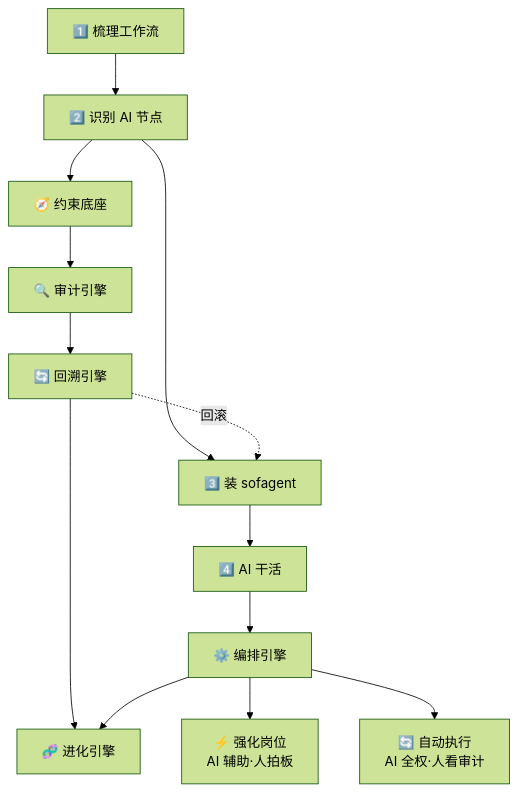
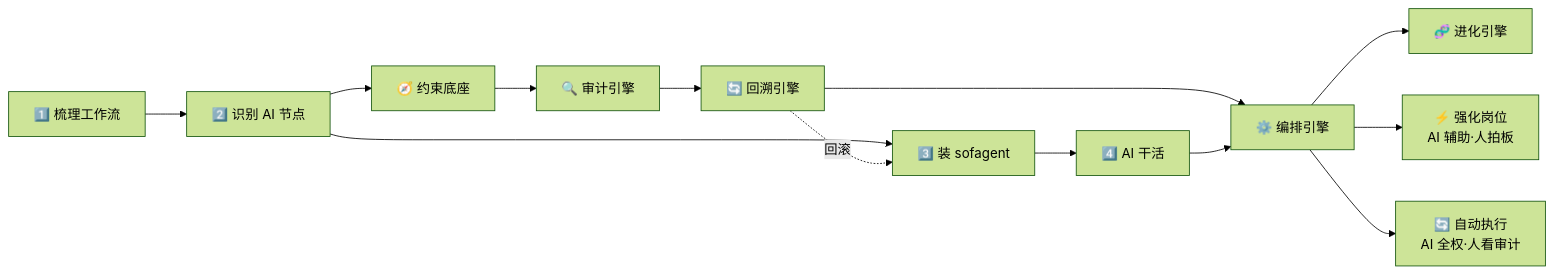
One commit to KongFangXun/sofagent changed the first of 5 diagrams in README.md. Above: the diagram before and after it, drawn with Mermaid (forest theme). The commit also changed 1 other file, not shown here.

Commit message:
docs: FDE Mermaid LR单排五引擎 — 约束→审计→回溯→编排→进化一条线，零交叉

````diff
--- a/README.md
+++ b/README.md
@@ -100,18 +100,12 @@
 ```mermaid
-graph TB
-    1["1️⃣ 梳理工作流"] --> 2["2️⃣ 识别 AI 节点"]
-    2 --> 3["3️⃣ 装 sofagent"]
-    3 --> 4["4️⃣ AI 干活"]
+graph LR
+    1["1️⃣ 梳理工作流"] --> 2["2️⃣ 识别 AI 节点"] --> 3["3️⃣ 装 sofagent"] --> 4["4️⃣ AI 干活"]
 
     2 --> E["🧭 约束底座"]
-    E --> F["🔍 审计引擎"]
-    F --> G["🔄 回溯引擎"]
-    G --> I["🧬 进化引擎"]
+    E --> F["🔍 审计引擎"] --> G["🔄 回溯引擎"] --> H["⚙️ 编排引擎"] --> I["🧬 进化引擎"]
+    4 --> H
 
-    4 --> H["⚙️ 编排引擎"]
-    H --> I
     H --> J["⚡ 强化岗位<br/>AI 辅助·人拍板"]
     H --> K["🔄 自动执行<br/>AI 全权·人看审计"]
-
     G -.-> |回滚| 3
 ```
````
